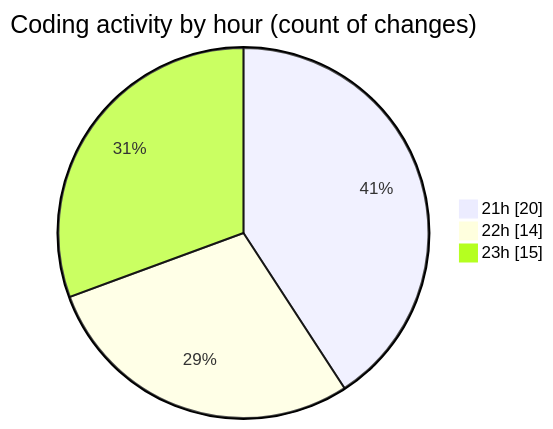
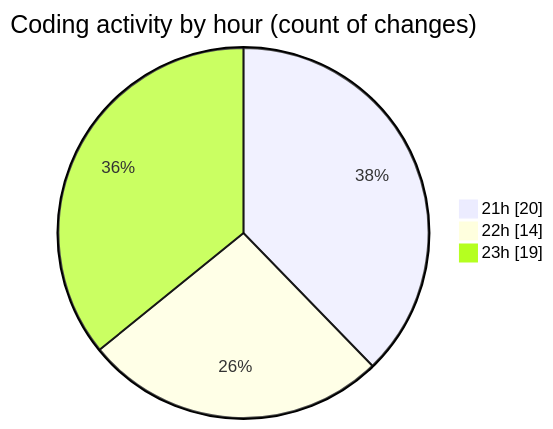
The second of 2 diagrams in 2025-06-01/projects/README.md (Ritupan-Deka/code-tracking), drawn with Mermaid before and after one commit. The commit also changed other lines of this file and 1 other file, not shown here.

````diff
--- a/2025-06-01/projects/README.md
+++ b/2025-06-01/projects/README.md
@@ -42,7 +43,7 @@
 ```mermaid
 pie showData
 title Coding activity by hour (count of changes)
 "21h" : 20
 "22h" : 14
-"23h" : 15
+"23h" : 19
 ```
````
